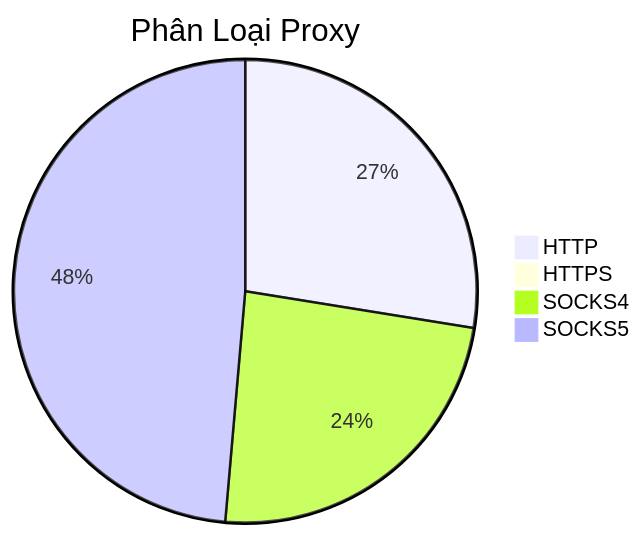
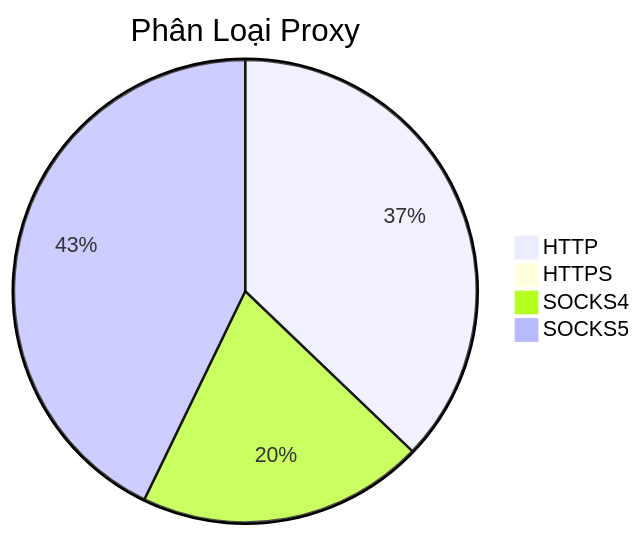
One commit to Ciara-12/PROXY-free changed the diagram in README.md. Above: the diagram before and after it, drawn with Mermaid. The commit also changed other lines of this file and 4 other files, not shown here.

````diff
--- a/README.md
+++ b/README.md
@@ -26,7 +26,7 @@
 ```mermaid
 pie title Phân Loại Proxy
-    "HTTP" : 409
-    "HTTPS" : 5
-    "SOCKS4" : 354
-    "SOCKS5" : 722
+    "HTTP" : 564
+    "HTTPS" : 7
+    "SOCKS4" : 304
+    "SOCKS5" : 650
 ```
````
